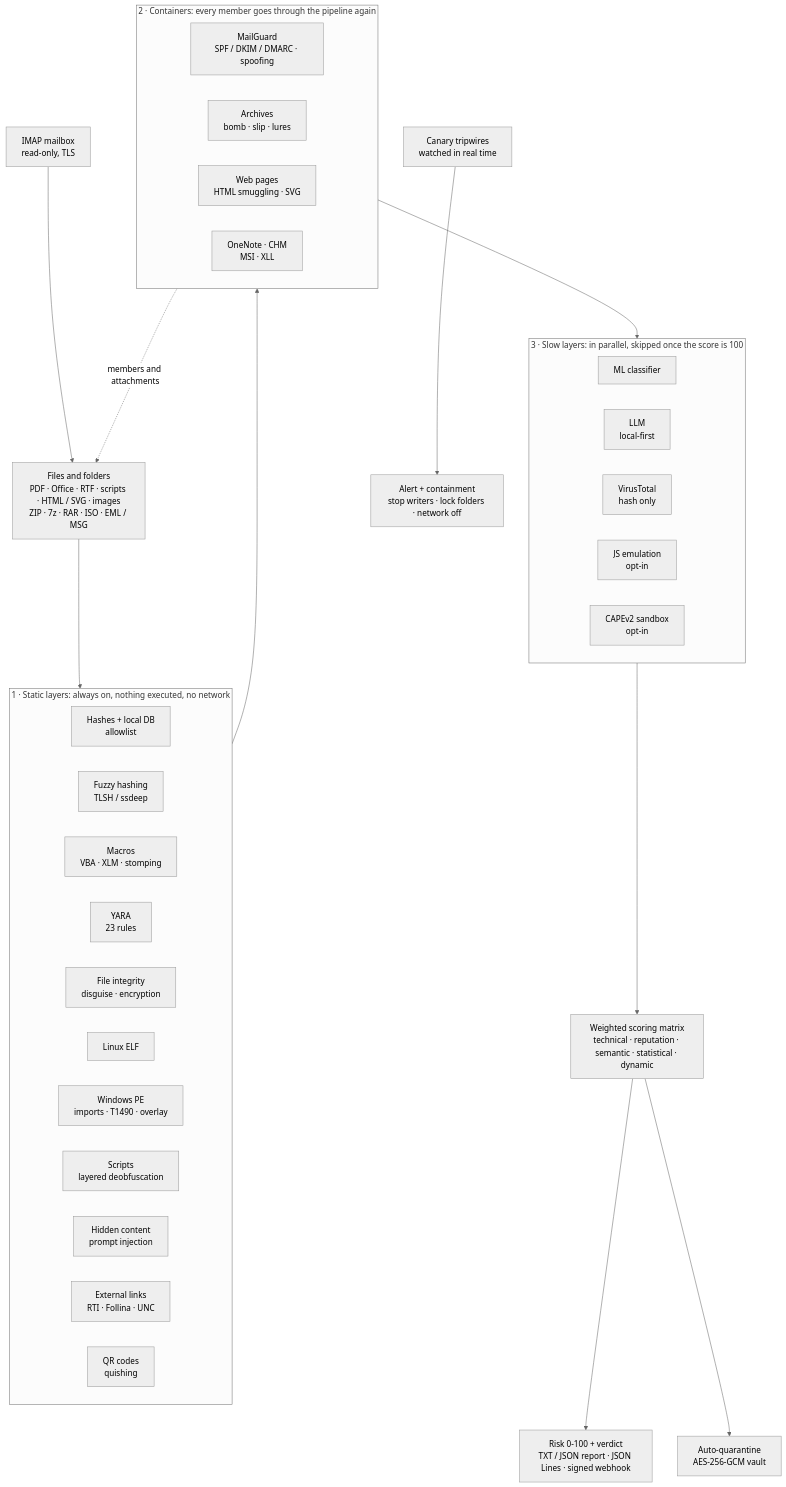
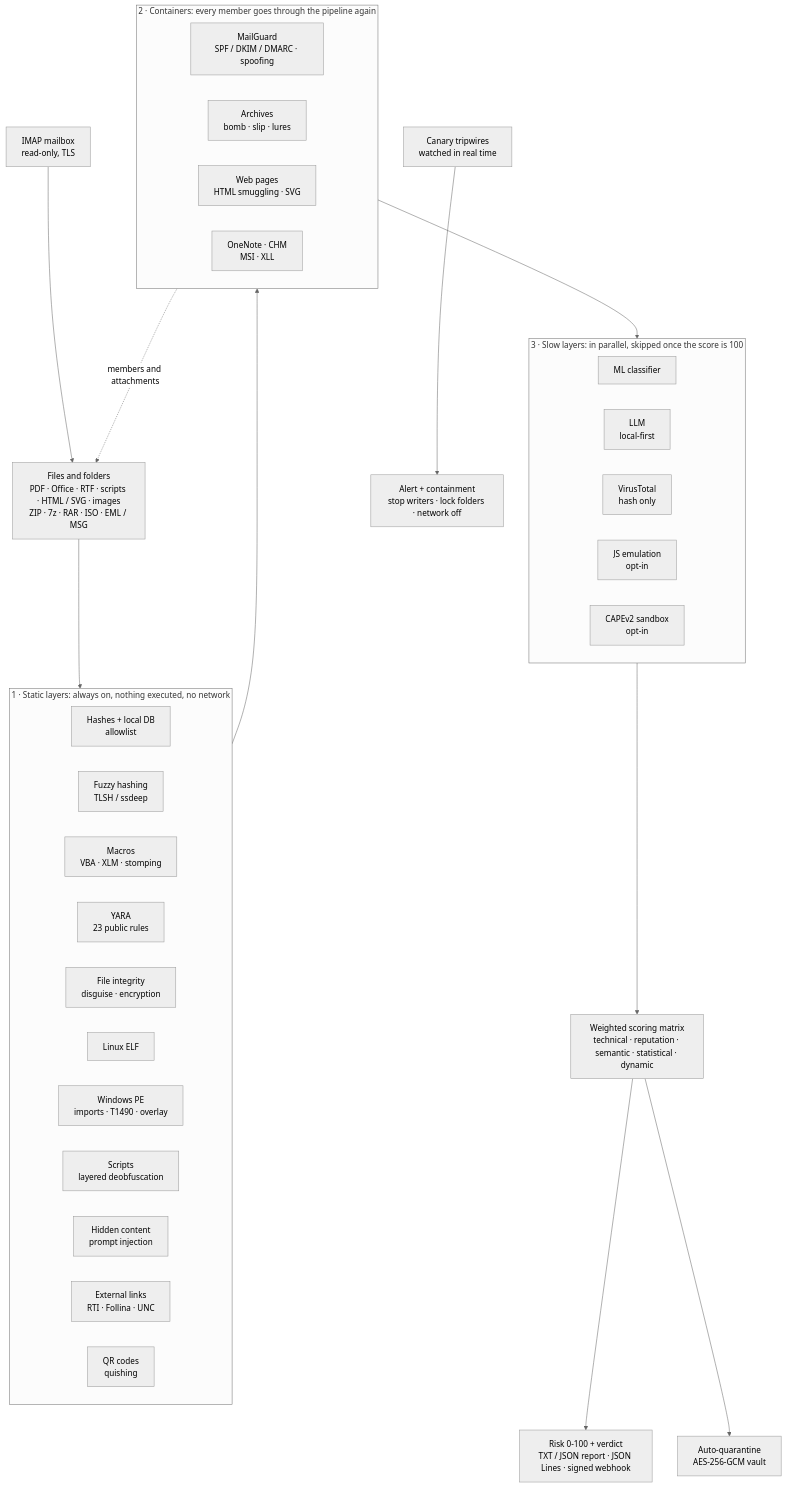
Before and after one commit to Abdelrahman-El-Maghraby/hybrid-ransomware-detector: the diagram in README.md, drawn with Mermaid (neutral theme). The commit also changed other lines of this file and 6 other files, not shown here.

````diff
--- a/README.md
+++ b/README.md
@@ -194,45 +194,45 @@
 ```mermaid
 flowchart TD
     IN["Files and folders<br/>PDF · Office · RTF · scripts · HTML / SVG · images<br/>ZIP · 7z · RAR · ISO · EML / MSG"]
     MBX["IMAP mailbox<br/>read-only, TLS"] --> IN
     IN --> S1
 
     subgraph S1["1 · Static layers: always on, nothing executed, no network"]
         direction LR
         H["Hashes + local DB<br/>allowlist"]
         FZ["Fuzzy hashing<br/>TLSH / ssdeep"]
         MA["Macros<br/>VBA · XLM · stomping"]
-        Y["YARA<br/>23 rules"]
+        Y["YARA<br/>23 public rules"]
         FI["File integrity<br/>disguise · encryption"]
         EL["Linux ELF"]
         PE["Windows PE<br/>imports · T1490 · overlay"]
         SC["Scripts<br/>layered deobfuscation"]
         PG["Hidden content<br/>prompt injection"]
         RL["External links<br/>RTI · Follina · UNC"]
         QR["QR codes<br/>quishing"]
     end
 
     subgraph S2["2 · Containers: every member goes through the pipeline again"]
         direction LR
         MG["MailGuard<br/>SPF / DKIM / DMARC · spoofing"]
         AR["Archives<br/>bomb · slip · lures"]
         WB["Web pages<br/>HTML smuggling · SVG"]
         EM["OneNote · CHM<br/>MSI · XLL"]
     end
 
     subgraph S3["3 · Slow layers: in parallel, skipped once the score is 100"]
         direction LR
         ML["ML classifier"]
         LLM["LLM<br/>local-first"]
         VT["VirusTotal<br/>hash only"]
         EMU["JS emulation<br/>opt-in"]
         SB["CAPEv2 sandbox<br/>opt-in"]
     end
 
     S1 --> S2 --> S3
     S2 -. "members and attachments" .-> IN
     S3 --> SM["Weighted scoring matrix<br/>technical · reputation · semantic · statistical · dynamic"]
     SM --> OUT["Risk 0-100 + verdict<br/>TXT / JSON report · JSON Lines · signed webhook"]
     SM --> Q["Auto-quarantine<br/>AES-256-GCM vault"]
     CN["Canary tripwires<br/>watched in real time"] --> AL["Alert + containment<br/>stop writers · lock folders · network off"]
 ```
````
